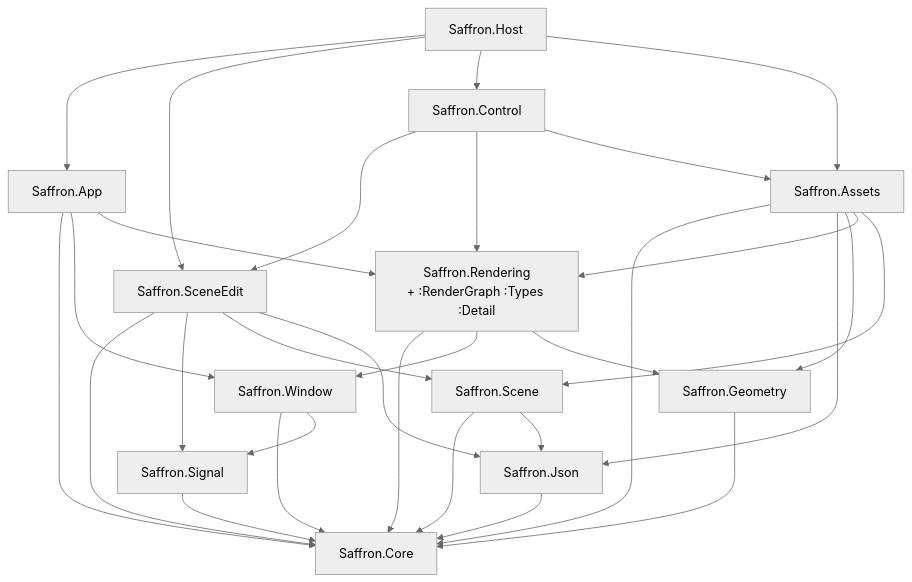
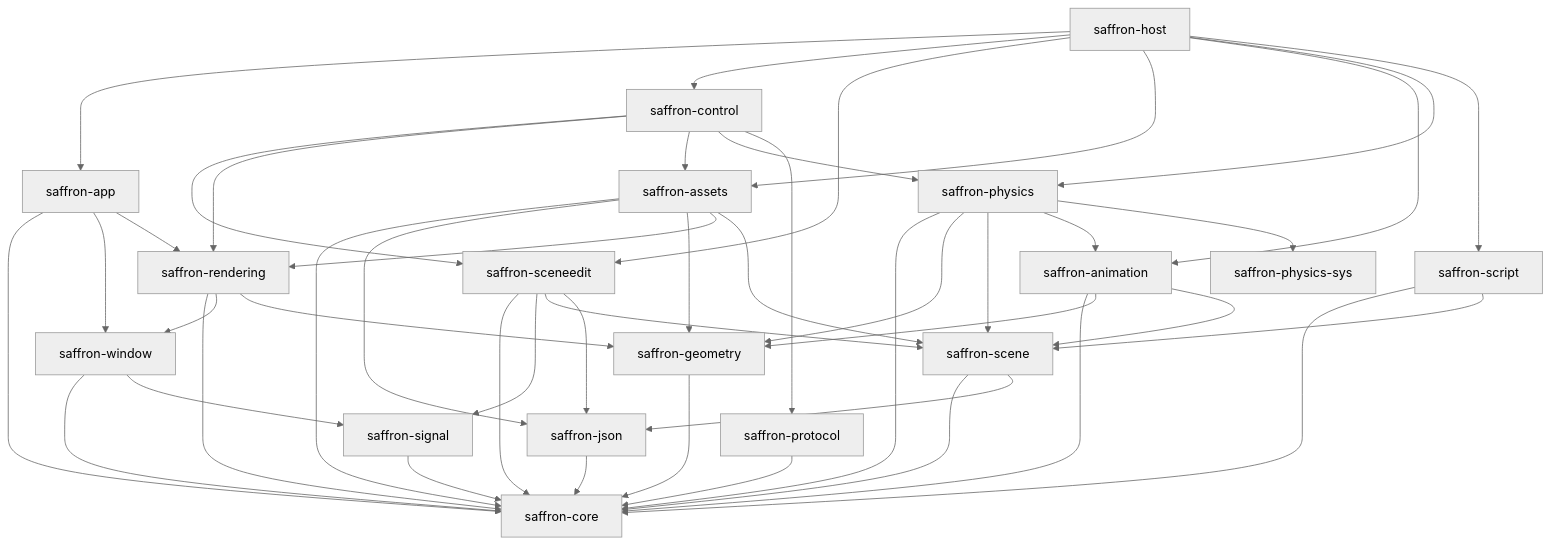
One commit to saffronjam/saffron-anima changed the diagram in docs/content/explanations/architecture-and-conventions/module-dag.md. Above: the diagram before and after it, drawn with Mermaid (neutral theme). The commit also changed other lines of this file and 7 other files, not shown here.

First line of the commit message:
docs: refresh architecture conventions

````diff
--- a/docs/content/explanations/architecture-and-conventions/module-dag.md
+++ b/docs/content/explanations/architecture-and-conventions/module-dag.md
@@ -20,45 +22,66 @@
 ```mermaid
 flowchart TD
-    Core[Saffron.Core]
-    Signal[Saffron.Signal]
-    Json[Saffron.Json]
-    Window[Saffron.Window]
-    Geometry[Saffron.Geometry]
-    Scene[Saffron.Scene]
-    Rendering[Saffron.Rendering<br/>+ :RenderGraph :Types :Detail]
-    Assets[Saffron.Assets]
-    SceneEdit[Saffron.SceneEdit]
-    Control[Saffron.Control]
-    App[Saffron.App]
-    Host[Saffron.Host]
+    Core[saffron-core]
+    Signal[saffron-signal]
+    Json[saffron-json]
+    Window[saffron-window]
+    Geometry[saffron-geometry]
+    Scene[saffron-scene]
+    Animation[saffron-animation]
+    PhysicsSys[saffron-physics-sys]
+    Physics[saffron-physics]
+    Rendering[saffron-rendering]
+    Assets[saffron-assets]
+    SceneEdit[saffron-sceneedit]
+    Script[saffron-script]
+    Protocol[saffron-protocol]
+    Control[saffron-control]
+    App[saffron-app]
+    Host[saffron-host]
 
     Signal --> Core
     Json --> Core
     Window --> Core
     Window --> Signal
     Geometry --> Core
     Scene --> Core
     Scene --> Json
+    Animation --> Core
+    Animation --> Geometry
+    Animation --> Scene
+    Physics --> Core
+    Physics --> Geometry
+    Physics --> Scene
+    Physics --> Animation
+    Physics --> PhysicsSys
     Rendering --> Core
     Rendering --> Window
     Rendering --> Geometry
     Assets --> Core
     Assets --> Json
     Assets --> Geometry
     Assets --> Rendering
     Assets --> Scene
     SceneEdit --> Core
     SceneEdit --> Signal
     SceneEdit --> Scene
     SceneEdit --> Json
+    Script --> Core
+    Script --> Scene
+    Protocol --> Core
     Control --> SceneEdit
     Control --> Rendering
     Control --> Assets
+    Control --> Physics
+    Control --> Protocol
     App --> Core
     App --> Window
     App --> Rendering
     Host --> App
+    Host --> Control
     Host --> SceneEdit
-    Host --> Control
     Host --> Assets
+    Host --> Animation
+    Host --> Physics
+    Host --> Script
 ```
````
